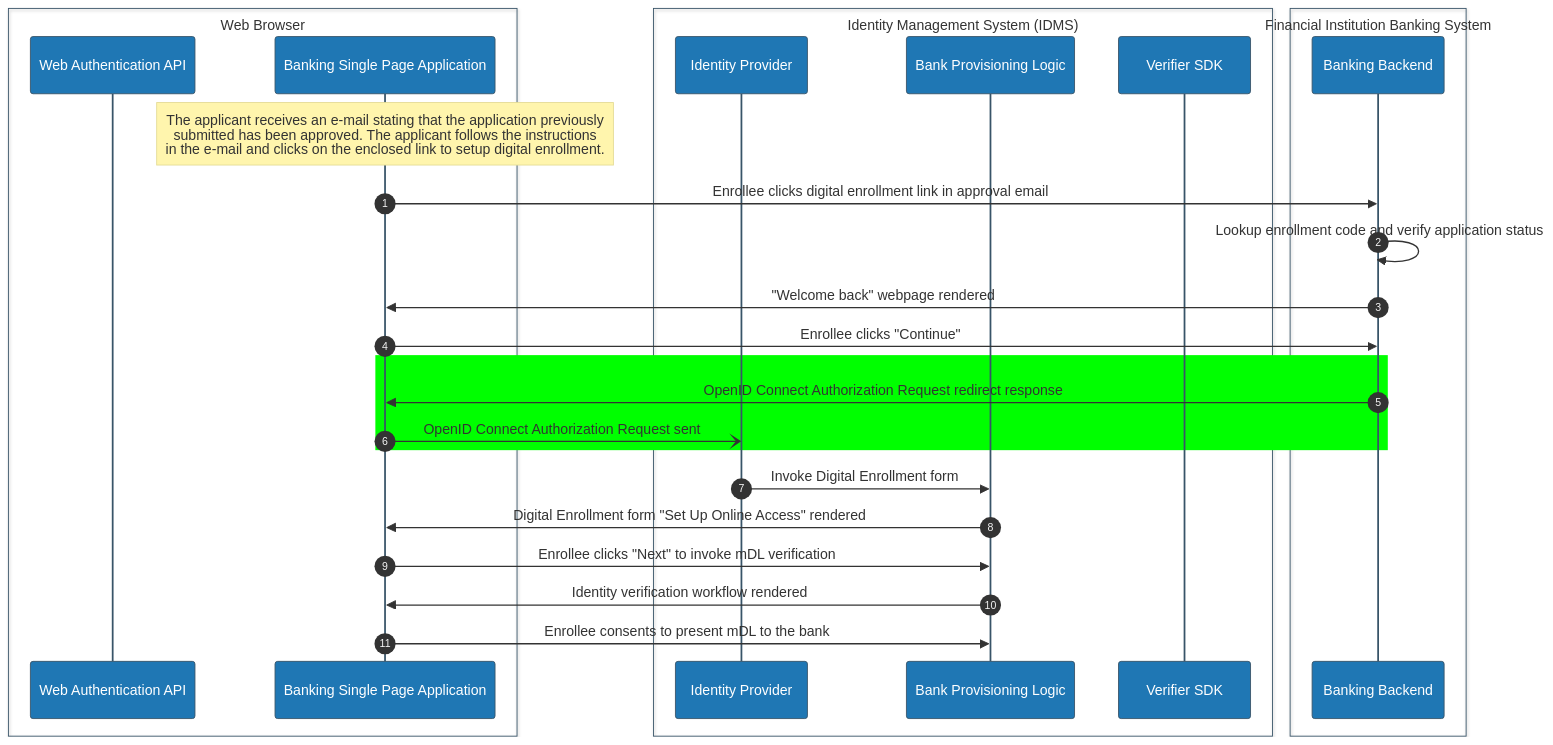
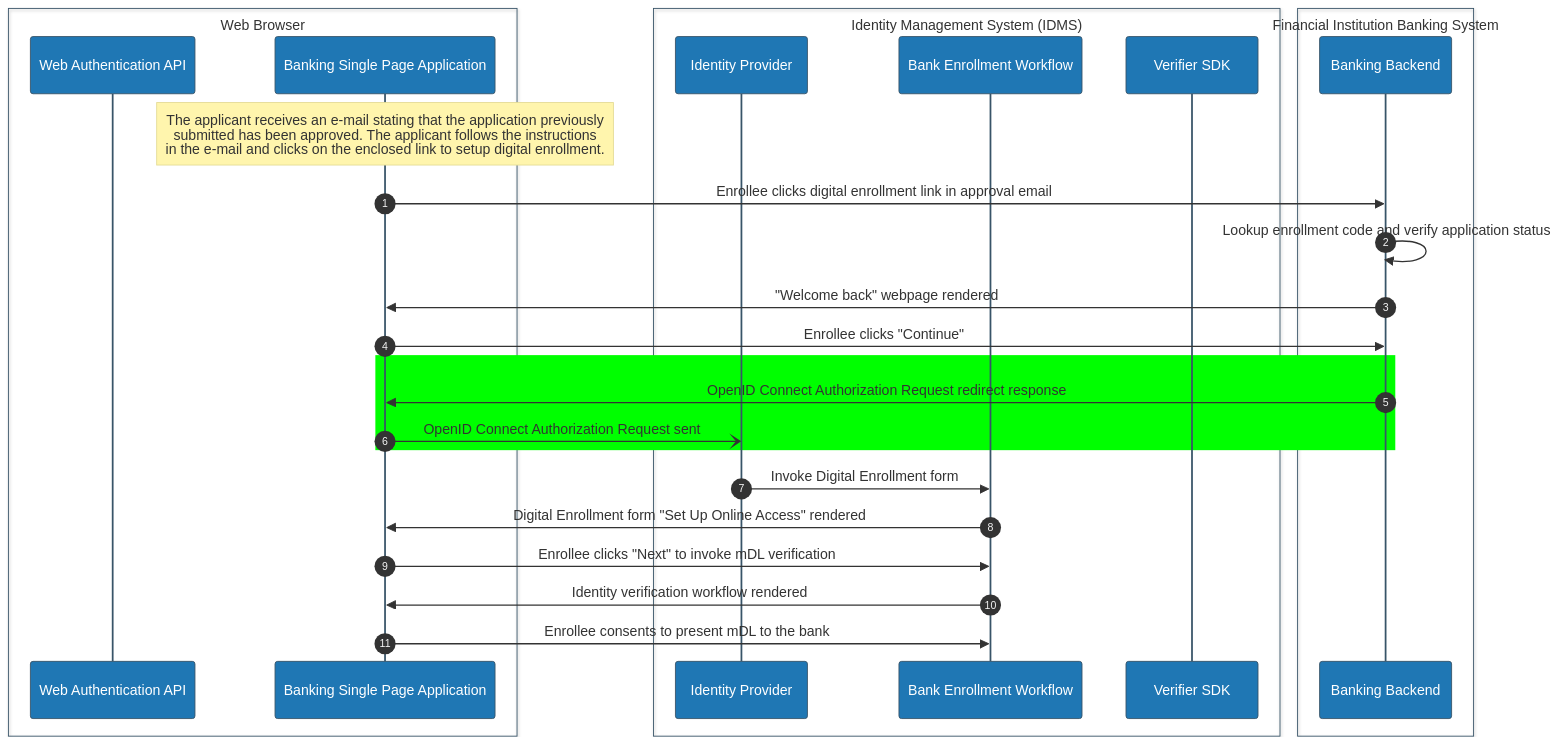
The diagram in source/media/cross-device-digital-enrollment-flow-part-1.mmd (usnistgov/nccoe-mdl-project-static-website), drawn with Mermaid before and after one commit. The commit also changed 127 other files, not shown here.

```diff
--- a/source/media/cross-device-digital-enrollment-flow-part-1.mmd
+++ b/source/media/cross-device-digital-enrollment-flow-part-1.mmd
@@ -1,59 +1,59 @@
 %%{init: {"theme": "base", "themeVariables": {"primaryColor": "#1f77b4", "edgeLabelBackground":"#ffffff", "actorTextColor": "#ffffff", "actorBackground": "#2ca02c", "fontSize":"30px"}}}%%
 sequenceDiagram
     autonumber
     box Issuing Authority
     %% participant sor as System of Record
     %%participant iaendpoints as mDL Issuing Endpoints
     end
 
     box Mobile Device
     %%participant wallet as Wallet App
     end
     box Web Browser
     %% participant browser as Digital Credentials API
     participant webauthn as Web Authentication API
     participant webapp as Banking Single Page Application
     end
     box Identity Management System (IDMS)
     participant idp as Identity Provider
-    participant bpl as Bank Provisioning Logic
+    participant bpl as Bank Enrollment Workflow
     participant sdk as Verifier SDK
     end
     box Financial Institution Banking System
     participant backend as Banking Backend
     %% participant cbs as Core Banking Services
     %% participant database as Data Storage
-    %% participant bankapi as IDMS Provisioning API
+    %% participant bankapi as Verifier Mediation Service
     %% participant ssn as SSN Validation Service
     end
     box Verifier
     %% participant adminendpoints as Tenant Administration Endpoints
     %%participant verifier as Verifier Endpoints
     end
     box Trust Service
     %% participant dts as Digital Trust Service
     end
 
 
 
     %%note over wallet,verifier: ... ↑ ...
     note over webapp: The applicant receives an e-mail stating that the application previously <br /> submitted has been approved. The applicant follows the instructions <br /> in the e-mail and clicks on the enclosed link to setup digital enrollment.
     %%note over wallet,verifier: ... ↓ ...
 
     webapp->>backend: Enrollee clicks digital enrollment link in approval email
     backend->>backend: Lookup enrollment code and verify application status
     backend->>webapp: "Welcome back" webpage rendered
     webapp->>backend: Enrollee clicks "Continue"
 
     rect rgb(0,255,0)
     backend->>webapp: OpenID Connect Authorization Request redirect response
     webapp-)idp: OpenID Connect Authorization Request sent
     end
 
     idp->>bpl: Invoke Digital Enrollment form
     bpl->>webapp: Digital Enrollment form "Set Up Online Access" rendered
     webapp->>bpl: Enrollee clicks "Next" to invoke mDL verification
 
 
     bpl->>webapp: Identity verification workflow rendered
     webapp->>bpl: Enrollee consents to present mDL to the bank
```
